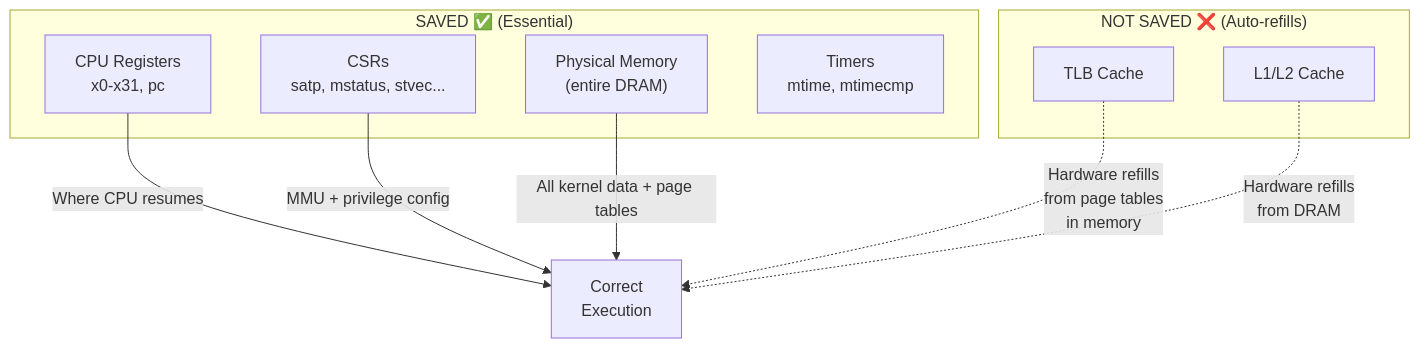
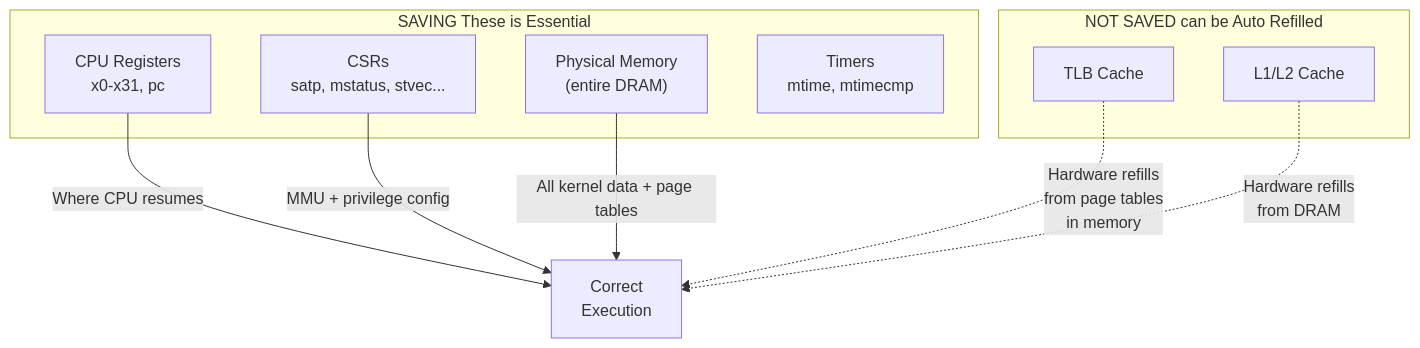
One commit to radheshyam2006/gsoc26-minimumlinuxboot changed the third of 8 diagrams in docs/proposal_draft.md. Above: the diagram before and after it, drawn with Mermaid. The commit also changed other lines of this file, not shown here.

````diff
--- a/docs/proposal_draft.md
+++ b/docs/proposal_draft.md
@@ -53,21 +60,21 @@
 ```mermaid
 graph TD
-    subgraph "SAVED ✅ (Essential)"
+    subgraph "SAVING These is Essential"
         R["CPU Registers<br/>x0-x31, pc"]
         C["CSRs<br/>satp, mstatus, stvec..."]
         M["Physical Memory<br/>(entire DRAM)"]
         T["Timers<br/>mtime, mtimecmp"]
     end
     
-    subgraph "NOT SAVED ❌ (Auto-refills)"
+    subgraph "NOT SAVED can be Auto Refilled"
         TLB["TLB Cache"]
         L1["L1/L2 Cache"]
     end
     
     R --> |"Where CPU resumes"| WHY["Correct<br/>Execution"]
     C --> |"MMU + privilege config"| WHY
     M --> |"All kernel data + page tables"| WHY
     
     TLB -.-> |"Hardware refills<br/>from page tables<br/>in memory"| WHY
     L1 -.-> |"Hardware refills<br/>from DRAM"| WHY
 ```
````
